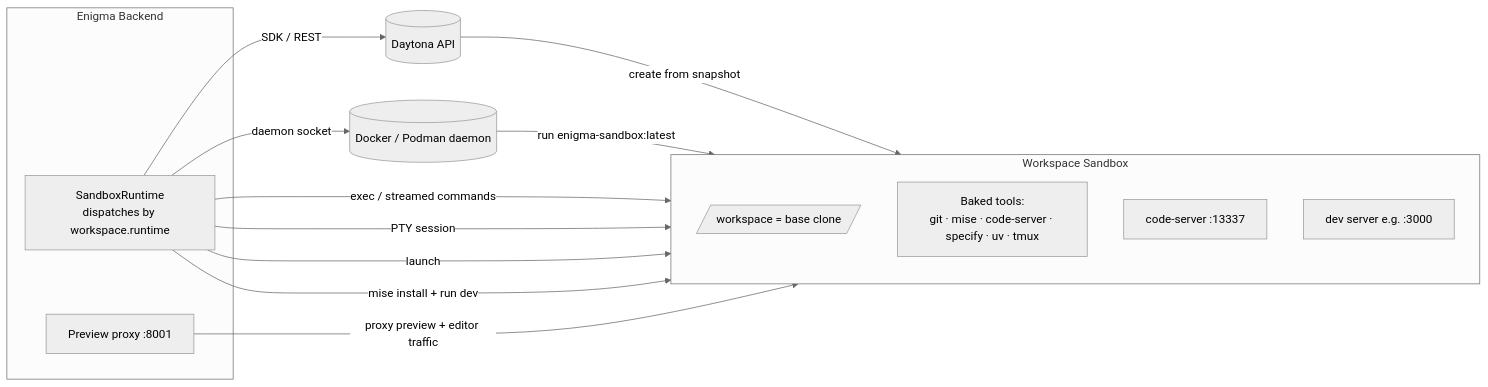
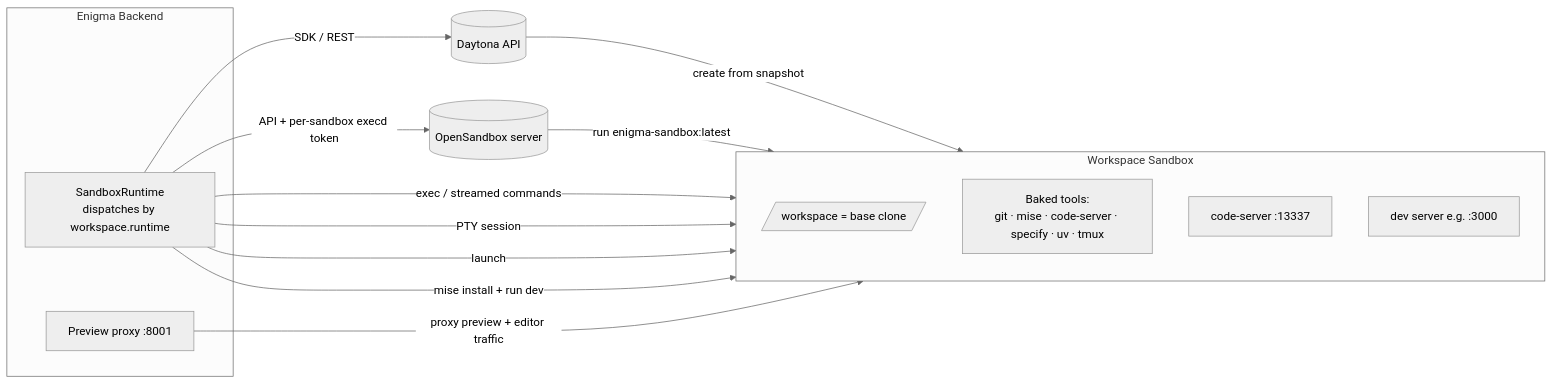
The second of 5 diagrams in README.md (ranggaaprilio/enigma), drawn with Mermaid (neutral theme) before and after one commit. The commit also changed other lines of this file and 21 other files, not shown here.

First line of the commit message:
docs!: OpenSandbox-only self-host docs and v0.2.0

````diff
--- a/README.md
+++ b/README.md
@@ -140,26 +144,26 @@
 ```mermaid
 flowchart LR
     subgraph Backend[Enigma Backend]
         RT[SandboxRuntime<br/>dispatches by workspace.runtime]
         PX[Preview proxy :8001]
     end
 
     RT -->|SDK / REST| DAY[(Daytona API)]
-    RT -->|daemon socket| DOCK[(Docker / Podman daemon)]
+    RT -->|API + per-sandbox execd token| OSB[(OpenSandbox server)]
     DAY -->|create from snapshot| SB
-    DOCK -->|run enigma-sandbox:latest| SB
+    OSB -->|run enigma-sandbox:latest| SB
 
     subgraph SB[Workspace Sandbox]
         direction TB
         WS[/workspace = base clone/]
         TL[Baked tools:<br/>git · mise · code-server · specify · uv · tmux]
         CS[code-server :13337]
         DEV[dev server e.g. :3000]
     end
 
     RT -->|exec / streamed commands| WS
     RT -->|PTY session| WS
     RT -->|launch| CS
     RT -->|mise install + run dev| DEV
     PX -->|proxy preview + editor traffic| DEV
 ```
````
